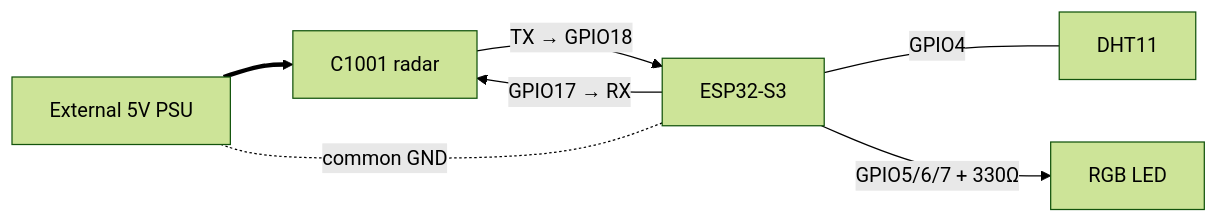
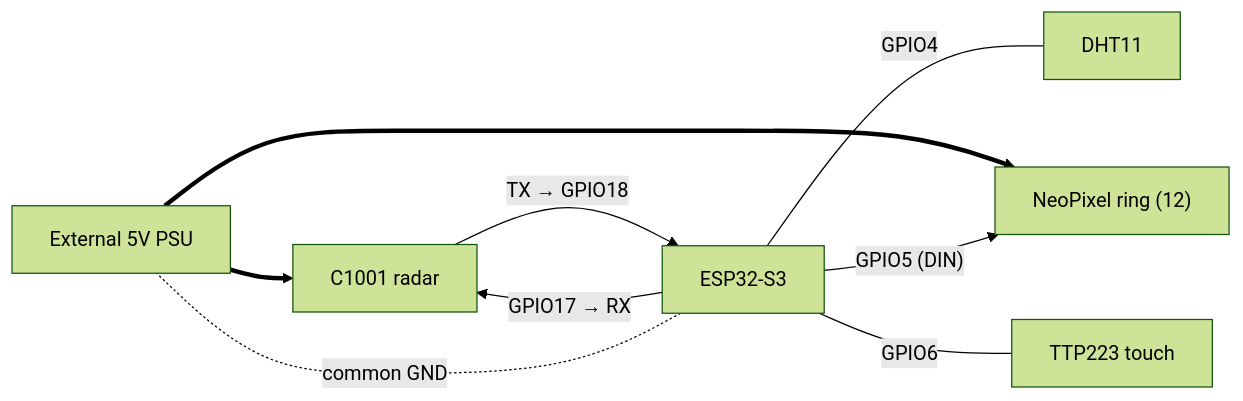
One commit to techiesms/sleeplamp-mmwave-sleep-tracker changed the third of 3 diagrams in README.md. Above: the diagram before and after it, drawn with Mermaid (forest theme). The commit also changed other lines of this file and 16 other files, not shown here.

First line of the commit message:
Add NeoPixel ring, TTP223 touch, Matter; modularize dashboard; fix history

````diff
--- a/README.md
+++ b/README.md
@@ -232,9 +245,11 @@
 ```mermaid
 flowchart LR
     psu["External 5V PSU"] ==> radar["C1001 radar"]
+    psu ==> ring["NeoPixel ring (12)"]
     radar -- "TX → GPIO18" --> esp["ESP32-S3"]
     esp -- "GPIO17 → RX" --> radar
     esp -- "GPIO4" --- dht["DHT11"]
-    esp -- "GPIO5/6/7 + 330Ω" --> rgb["RGB LED"]
+    esp -- "GPIO5 (DIN)" --> ring
+    esp -- "GPIO6" --- touch["TTP223 touch"]
     esp -. "common GND" .- psu
 ```
````
